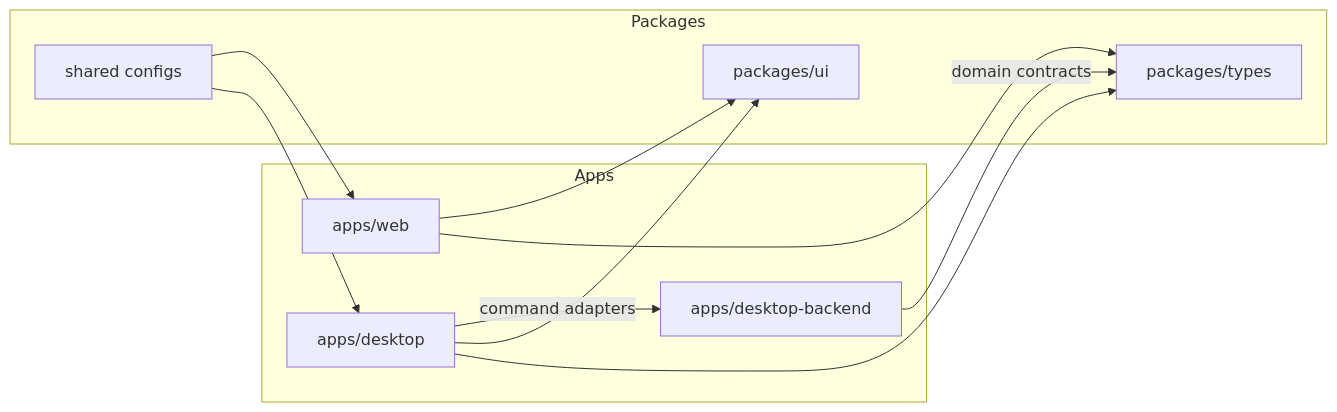
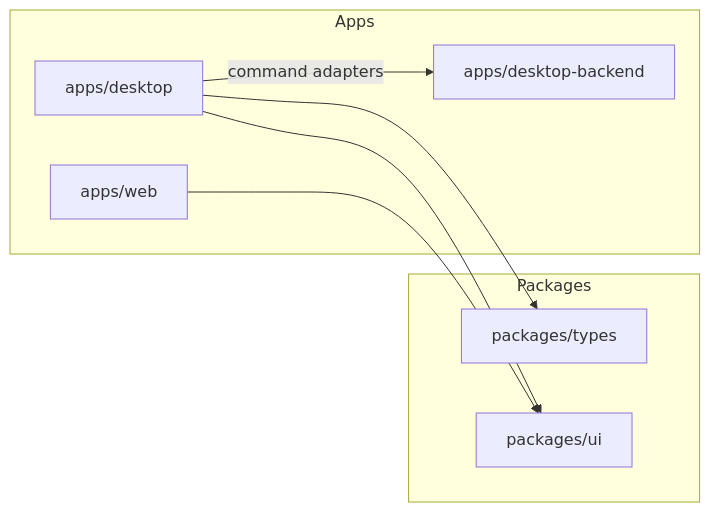
One commit to fletchertyler914/casespace changed the diagram in docs/architecture.md. Above: the diagram before and after it, drawn with Mermaid. The commit also changed other lines of this file and 38 other files, not shown here.

````diff
--- a/docs/architecture.md
+++ b/docs/architecture.md
@@ -15,23 +15,18 @@
 ```mermaid
 flowchart LR
   subgraph apps [Apps]
     desktopBackend[apps/desktop-backend]
     desktop[apps/desktop]
     web[apps/web]
   end
 
   subgraph packages [Packages]
     typesPkg[packages/types]
     uiPkg[packages/ui]
-    sharedCfg[shared configs]
   end
 
   desktop --> typesPkg
   desktop --> uiPkg
-  web --> typesPkg
+  desktop -->|command adapters| desktopBackend
   web --> uiPkg
-  desktop -->|command adapters| desktopBackend
-  desktopBackend -->|domain contracts| typesPkg
-  sharedCfg --> desktop
-  sharedCfg --> web
 ```
````
